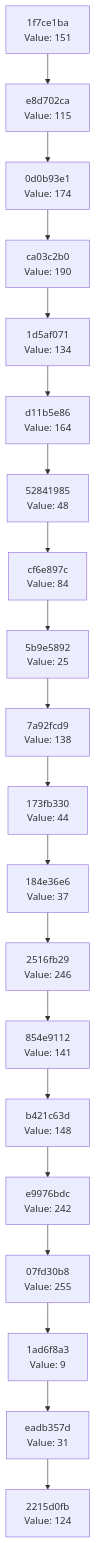
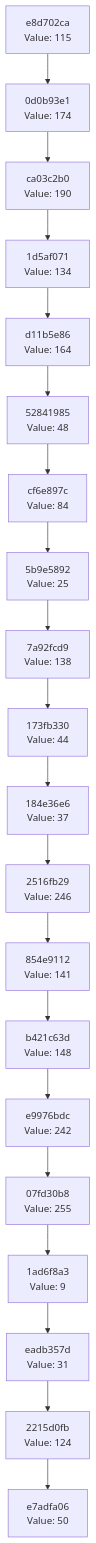
Before and after one commit to Abhisheksinha1506/hash-chain-evolver: the diagram in docs/CHAIN_VISUALIZATION.md, drawn with Mermaid. The commit also changed 3 other files, not shown here.

````diff
--- a/docs/CHAIN_VISUALIZATION.md
+++ b/docs/CHAIN_VISUALIZATION.md
@@ -3,42 +3,42 @@
 ```mermaid
 graph TD
-    C0["2215d0fb<br/>Value: 124"]
-    C1["eadb357d<br/>Value: 31"]
+    C0["e7adfa06<br/>Value: 50"]
+    C1["2215d0fb<br/>Value: 124"]
     C1 --> C0
-    C2["1ad6f8a3<br/>Value: 9"]
+    C2["eadb357d<br/>Value: 31"]
     C2 --> C1
-    C3["07fd30b8<br/>Value: 255"]
+    C3["1ad6f8a3<br/>Value: 9"]
     C3 --> C2
-    C4["e9976bdc<br/>Value: 242"]
+    C4["07fd30b8<br/>Value: 255"]
     C4 --> C3
-    C5["b421c63d<br/>Value: 148"]
+    C5["e9976bdc<br/>Value: 242"]
     C5 --> C4
-    C6["854e9112<br/>Value: 141"]
+    C6["b421c63d<br/>Value: 148"]
     C6 --> C5
-    C7["2516fb29<br/>Value: 246"]
+    C7["854e9112<br/>Value: 141"]
     C7 --> C6
-    C8["184e36e6<br/>Value: 37"]
+    C8["2516fb29<br/>Value: 246"]
     C8 --> C7
-    C9["173fb330<br/>Value: 44"]
+    C9["184e36e6<br/>Value: 37"]
     C9 --> C8
-    C10["7a92fcd9<br/>Value: 138"]
+    C10["173fb330<br/>Value: 44"]
     C10 --> C9
-    C11["5b9e5892<br/>Value: 25"]
+    C11["7a92fcd9<br/>Value: 138"]
     C11 --> C10
-    C12["cf6e897c<br/>Value: 84"]
+    C12["5b9e5892<br/>Value: 25"]
     C12 --> C11
-    C13["52841985<br/>Value: 48"]
+    C13["cf6e897c<br/>Value: 84"]
     C13 --> C12
-    C14["d11b5e86<br/>Value: 164"]
+    C14["52841985<br/>Value: 48"]
     C14 --> C13
-    C15["1d5af071<br/>Value: 134"]
+    C15["d11b5e86<br/>Value: 164"]
     C15 --> C14
-    C16["ca03c2b0<br/>Value: 190"]
+    C16["1d5af071<br/>Value: 134"]
     C16 --> C15
-    C17["0d0b93e1<br/>Value: 174"]
+    C17["ca03c2b0<br/>Value: 190"]
     C17 --> C16
-    C18["e8d702ca<br/>Value: 115"]
+    C18["0d0b93e1<br/>Value: 174"]
     C18 --> C17
-    C19["1f7ce1ba<br/>Value: 151"]
+    C19["e8d702ca<br/>Value: 115"]
     C19 --> C18
 ```
````
